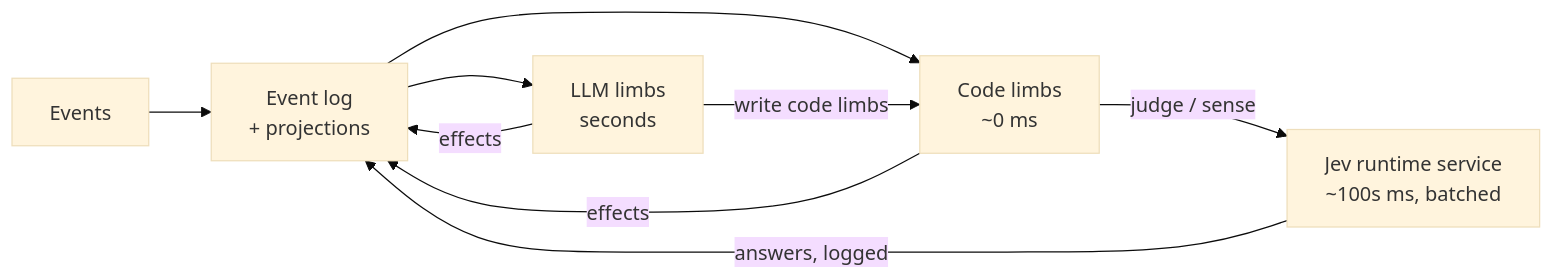
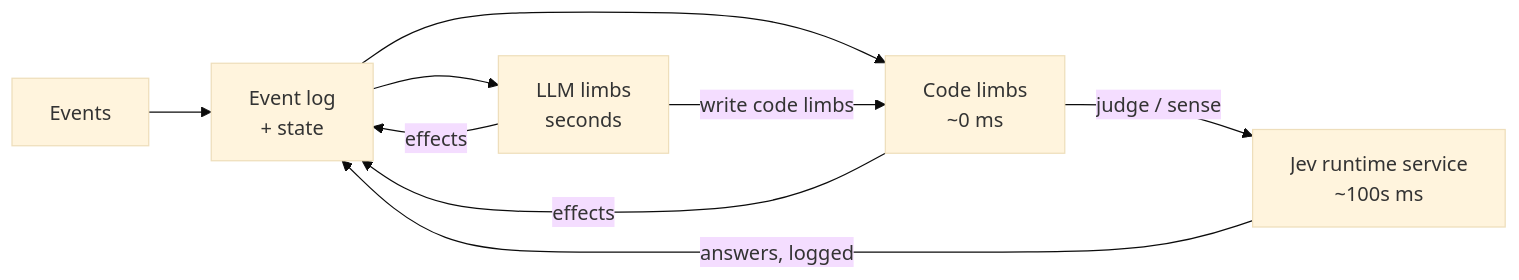
The diagram in entity/docs/architecture.md (nerfZael/drone), drawn with Mermaid (base theme) before and after one commit. The commit also changed other lines of this file and 14 other files, not shown here.

````diff
--- a/entity/docs/architecture.md
+++ b/entity/docs/architecture.md
@@ -5,11 +5,11 @@
 ```mermaid
 flowchart LR
-  E[Events] --> L[Event log<br/>+ projections]
+  E[Events] --> L[Event log<br/>+ state]
   L --> C[Code limbs<br/>~0 ms]
-  C -->|judge / sense| J[Jev runtime service<br/>~100s ms, batched]
+  C -->|judge / sense| J[Jev runtime service<br/>~100s ms]
   J -->|answers, logged| L
   C -->|effects| L
   L --> M[LLM limbs<br/>seconds]
   M -->|write code limbs| C
   M -->|effects| L
 ```
````
